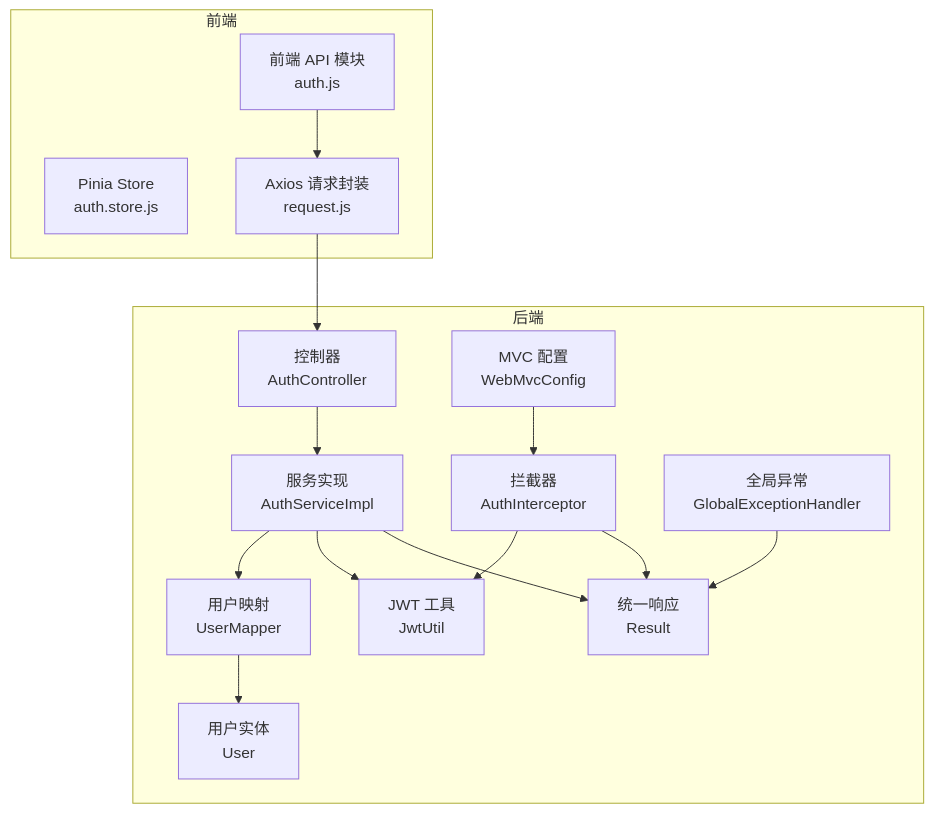
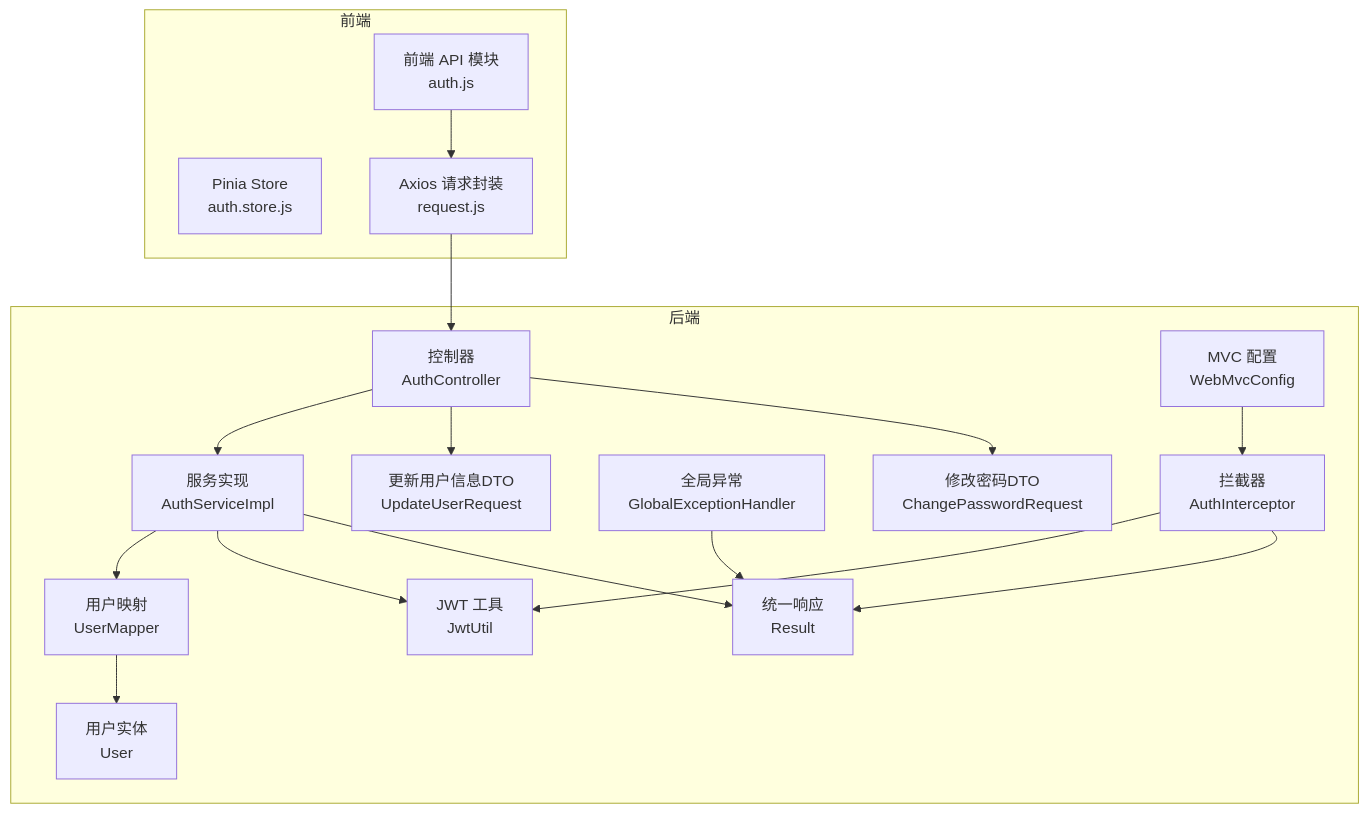
Before and after one commit to junjiechen66/newWorld: the first of 6 diagrams in .qoder/repowiki/zh/content/API接口文档/认证接口.md, drawn with Mermaid. The commit also changed other lines of this file and 70 other files, not shown here.

````diff
--- a/.qoder/repowiki/zh/content/API接口文档/认证接口.md
+++ b/.qoder/repowiki/zh/content/API接口文档/认证接口.md
@@ -50,30 +54,34 @@
 ```mermaid
 graph TB
 subgraph "前端"
 FE_API["前端 API 模块<br/>auth.js"]
 FE_STORE["Pinia Store<br/>auth.store.js"]
 FE_REQ["Axios 请求封装<br/>request.js"]
 end
 subgraph "后端"
 AC["控制器<br/>AuthController"]
 ASI["服务实现<br/>AuthServiceImpl"]
 JWT["JWT 工具<br/>JwtUtil"]
 INT["拦截器<br/>AuthInterceptor"]
 CFG["MVC 配置<br/>WebMvcConfig"]
 RES["统一响应<br/>Result"]
 EX["全局异常<br/>GlobalExceptionHandler"]
 UM["用户映射<br/>UserMapper"]
 ENT["用户实体<br/>User"]
+D1["更新用户信息DTO<br/>UpdateUserRequest"]
+D2["修改密码DTO<br/>ChangePasswordRequest"]
 end
 FE_API --> FE_REQ
 FE_REQ --> AC
 AC --> ASI
 ASI --> UM
 ASI --> JWT
 INT --> JWT
 CFG --> INT
 ASI --> RES
 INT --> RES
 EX --> RES
 UM --> ENT
+AC --> D1
+AC --> D2
 ```
````
